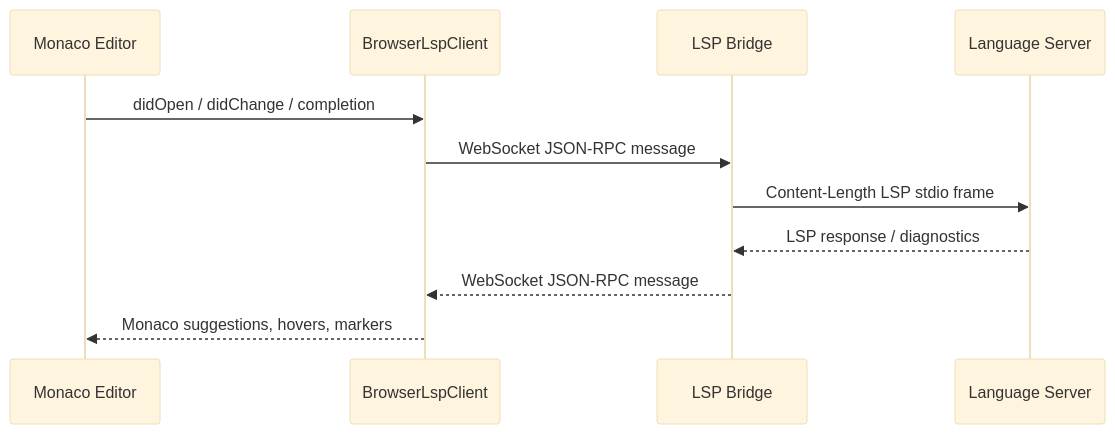
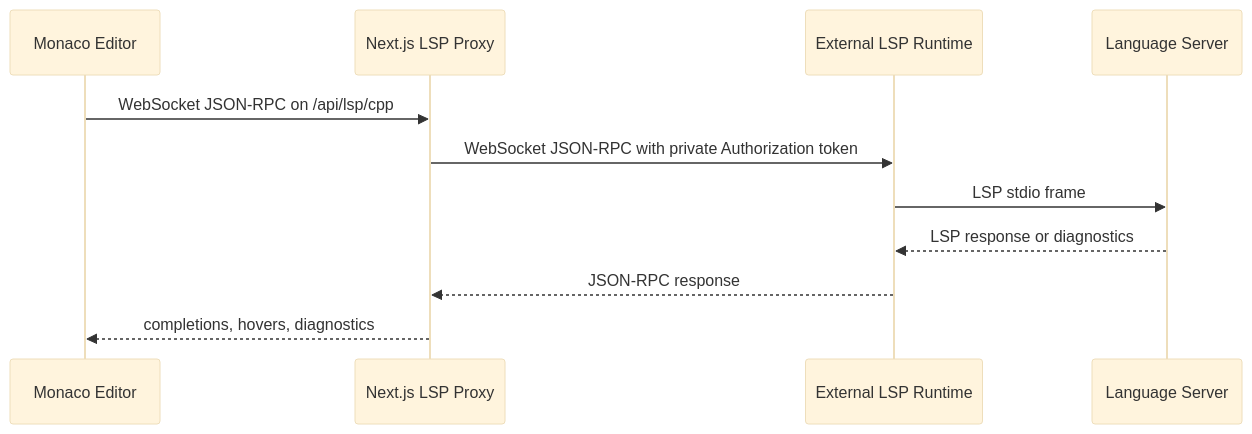
One commit to samuelloza/vibe-ide changed the second of 3 diagrams in README.md. Above: the diagram before and after it, drawn with Mermaid (base theme). The commit also changed other lines of this file and 1 other file, not shown here.

````diff
--- a/README.md
+++ b/README.md
@@ -69,14 +72,14 @@
 ```mermaid
 sequenceDiagram
   participant E as Monaco Editor
-  participant C as BrowserLspClient
-  participant B as LSP Bridge
+  participant P as Next.js LSP Proxy
+  participant R as External LSP Runtime
   participant S as Language Server
 
-  E->>C: didOpen / didChange / completion
-  C->>B: WebSocket JSON-RPC message
-  B->>S: Content-Length LSP stdio frame
-  S-->>B: LSP response / diagnostics
-  B-->>C: WebSocket JSON-RPC message
-  C-->>E: Monaco suggestions, hovers, markers
+  E->>P: WebSocket JSON-RPC on /api/lsp/cpp
+  P->>R: WebSocket JSON-RPC with private Authorization token
+  R->>S: LSP stdio frame
+  S-->>R: LSP response or diagnostics
+  R-->>P: JSON-RPC response
+  P-->>E: completions, hovers, diagnostics
 ```
````
